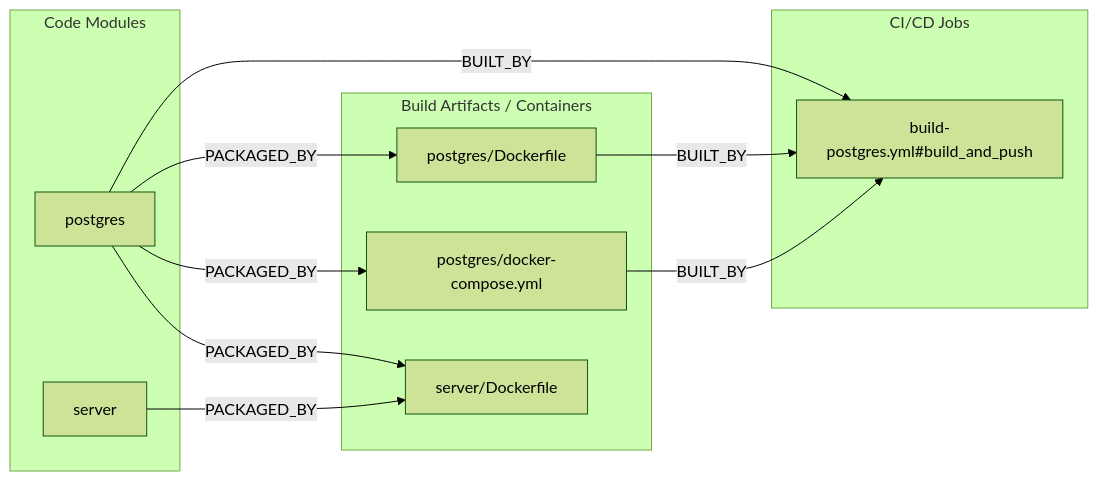
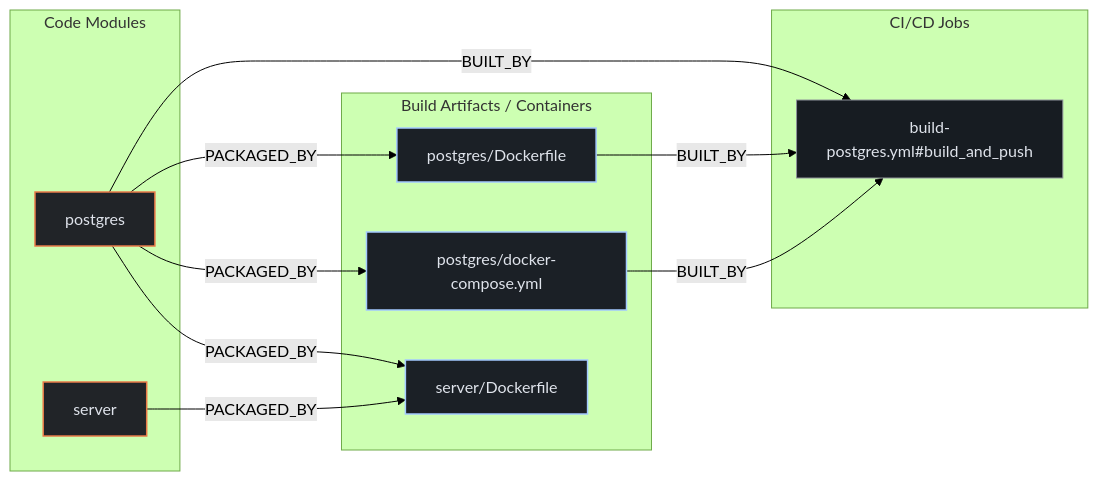
Before and after one commit to kumarshaz/atruss-code-atlas: the second of 3 diagrams in exports/latest/reports/immich-app-base-images-report.md, drawn with Mermaid (forest theme). The commit also changed other lines of this file and 331 other files, not shown here.

Commit message:
docs,ui,fix: update SDLC docs, reorder CI/CD DAG first, stylize Mermaid, and fix Arc42 pipeline topology

````diff
--- a/exports/latest/reports/immich-app-base-images-report.md
+++ b/exports/latest/reports/immich-app-base-images-report.md
@@ -68,22 +75,26 @@
 ```mermaid
 flowchart LR
+    classDef atlasCategory fill:#212428,stroke:#E87A48,stroke-width:1.5px,color:#dfe3eb
+    classDef atlasWorkflow fill:#1b2026,stroke:#a3c9ff,stroke-width:1.5px,color:#dfe3eb
+    classDef atlasJob fill:#171c22,stroke:#8d9199,stroke-width:1px,color:#dfe3eb
+    classDef atlasTarget fill:#005227,stroke:#8bd99b,stroke-width:1.5px,color:#a7f6b6
     subgraph code_modules["Code Modules"]
-        mod_postgres["postgres"]
-        mod_server["server"]
+        mod_postgres["postgres"]:::atlasCategory
+        mod_server["server"]:::atlasCategory
     end
     subgraph build_artifacts["Build Artifacts / Containers"]
-        art_postgres_Dockerfile["postgres/Dockerfile"]
-        art_postgres_docker_compose_yml["postgres/docker-compose.yml"]
-        art_server_Dockerfile["server/Dockerfile"]
+        art_postgres_Dockerfile["postgres/Dockerfile"]:::atlasWorkflow
+        art_postgres_docker_compose_yml["postgres/docker-compose.yml"]:::atlasWorkflow
+        art_server_Dockerfile["server/Dockerfile"]:::atlasWorkflow
     end
     subgraph ci_jobs["CI/CD Jobs"]
-        job_build_postgres_yml_build_and_push["build-postgres.yml#build_and_push"]
+        job_build_postgres_yml_build_and_push["build-postgres.yml#build_and_push"]:::atlasJob
     end
     mod_postgres -->|BUILT_BY| job_build_postgres_yml_build_and_push
     mod_postgres -->|PACKAGED_BY| art_postgres_Dockerfile
     mod_postgres -->|PACKAGED_BY| art_postgres_docker_compose_yml
     mod_postgres -->|PACKAGED_BY| art_server_Dockerfile
     mod_server -->|PACKAGED_BY| art_server_Dockerfile
     art_postgres_Dockerfile -->|BUILT_BY| job_build_postgres_yml_build_and_push
     art_postgres_docker_compose_yml -->|BUILT_BY| job_build_postgres_yml_build_and_push
 ```
````
